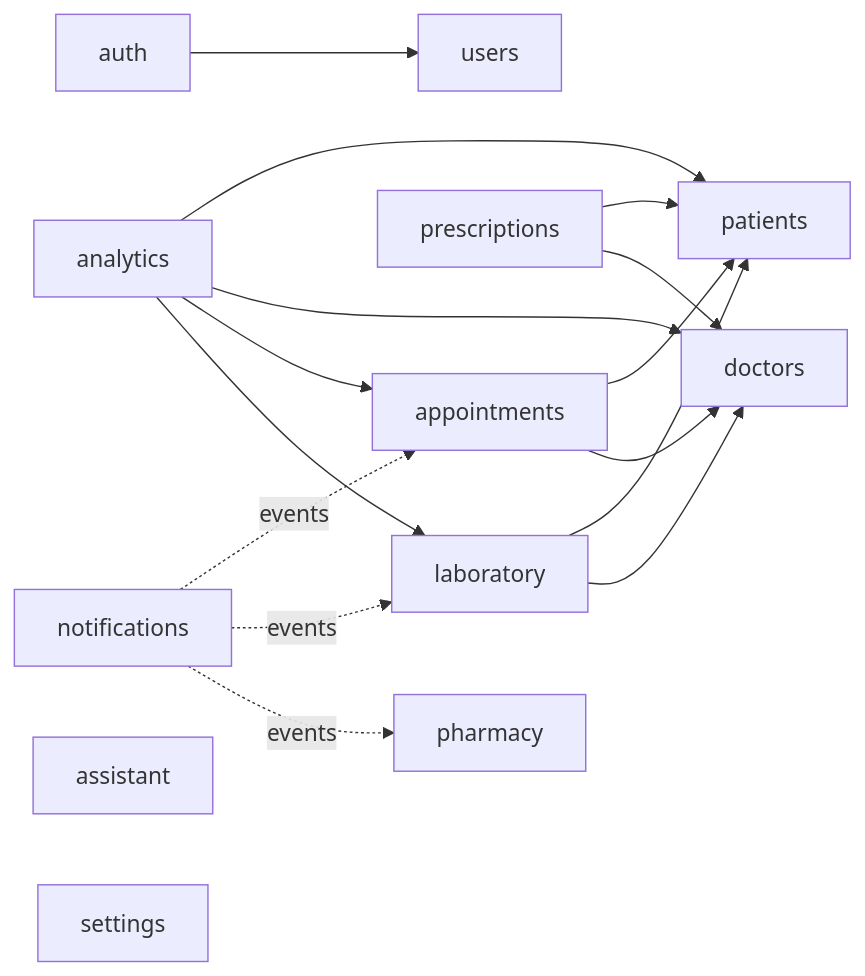
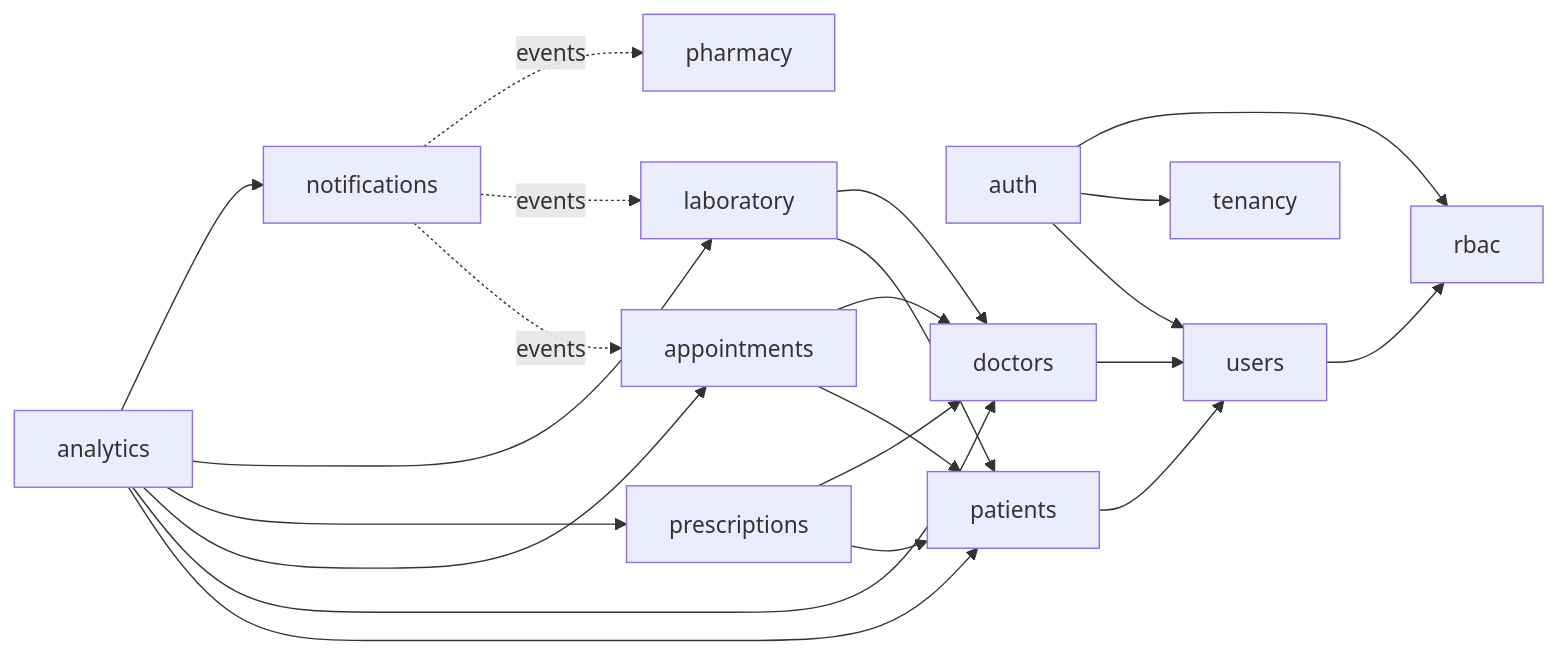
Before and after one commit to LiableTechSolutions/Medflow-BFF: the diagram in README.md, drawn with Mermaid. The commit also changed other lines of this file and 279 other files, not shown here.

````diff
--- a/README.md
+++ b/README.md
@@ -115,19 +142,24 @@
 ```mermaid
 graph LR
     auth --> users
+    auth --> tenancy
+    auth --> rbac
+    users --> rbac
+    doctors --> users
+    patients --> users
     appointments --> patients
     appointments --> doctors
     prescriptions --> patients
     prescriptions --> doctors
     laboratory --> patients
     laboratory --> doctors
     analytics --> patients
     analytics --> doctors
     analytics --> appointments
+    analytics --> prescriptions
     analytics --> laboratory
+    analytics --> notifications
     notifications -. events .-> appointments
     notifications -. events .-> laboratory
     notifications -. events .-> pharmacy
-    assistant
-    settings
 ```
````
